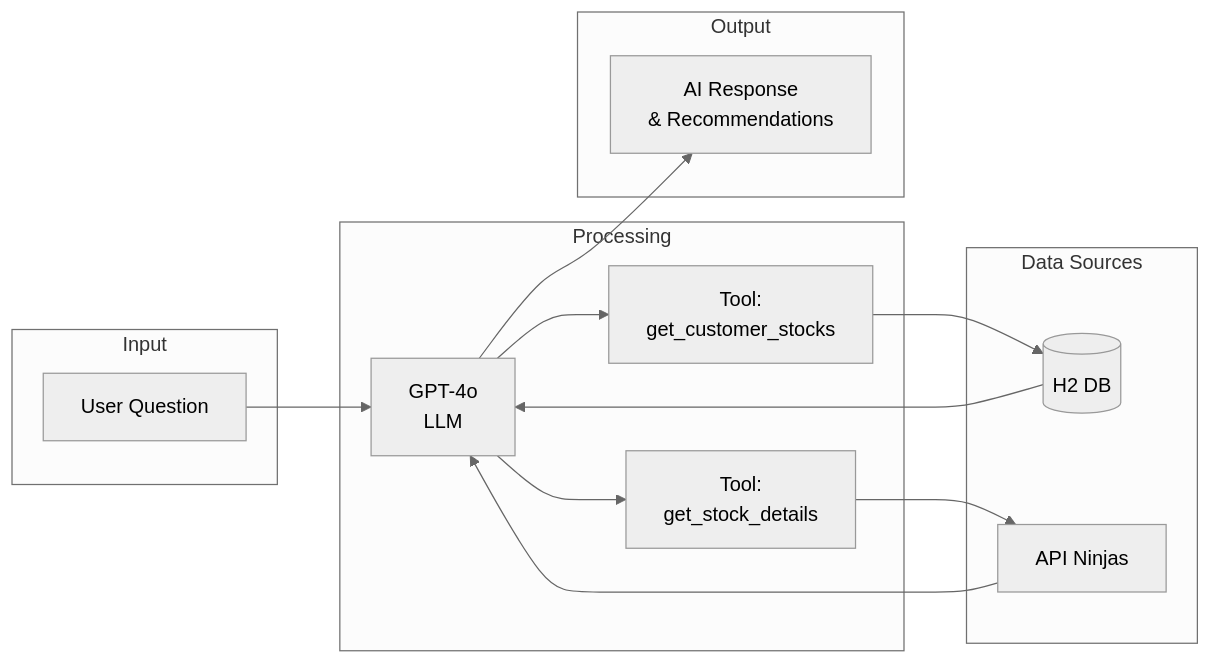
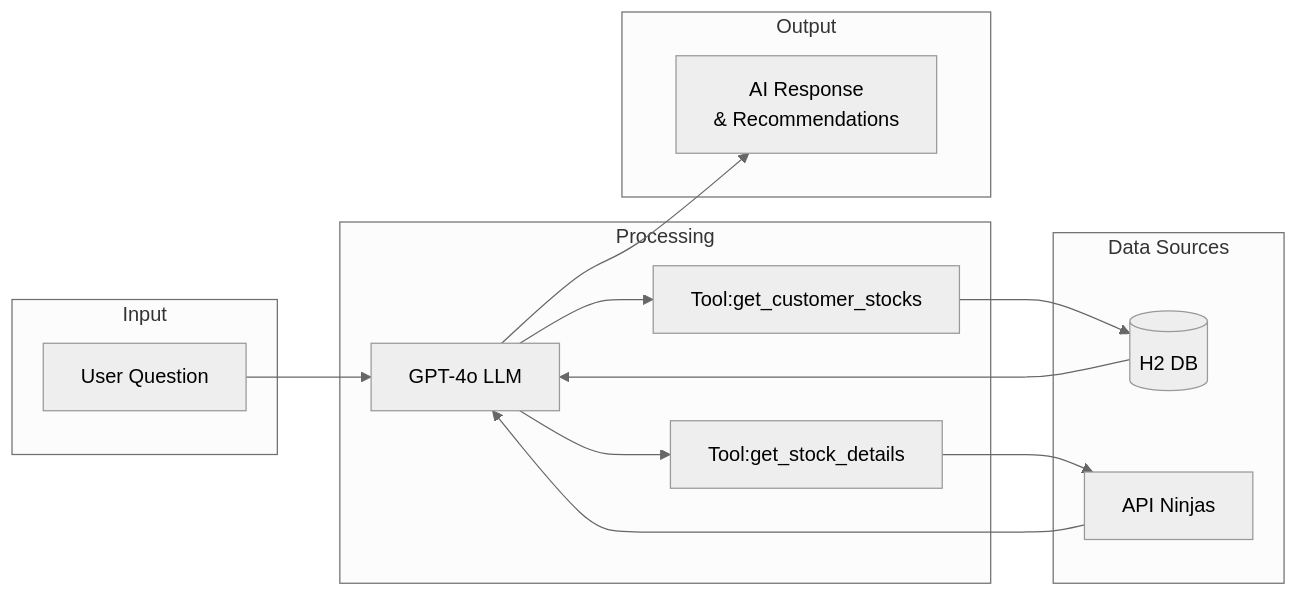
The fifth of 5 diagrams in README.md (n-kishore1983/my-stock-portfolio), drawn with Mermaid (neutral theme) before and after one commit.

Commit message:
Read me file

````diff
--- a/README.md
+++ b/README.md
@@ -139,30 +139,30 @@
 ```mermaid
 flowchart LR
     subgraph Input
         Q["User Question"]
     end
 
     subgraph Processing
-        LLM["GPT-4o\nLLM"]
-        T1["Tool:\nget_customer_stocks"]
-        T2["Tool:\nget_stock_details"]
+        LLM["GPT-4o LLM"]
+        T1["Tool:get_customer_stocks"]
+        T2["Tool:get_stock_details"]
     end
 
     subgraph Data Sources
         DB[("H2 DB")]
         EXT["API Ninjas"]
     end
 
     subgraph Output
         R["AI Response\n& Recommendations"]
     end
 
     Q --> LLM
     LLM --> T1
     LLM --> T2
     T1 --> DB
     T2 --> EXT
     DB --> LLM
     EXT --> LLM
     LLM --> R
 ```
````
